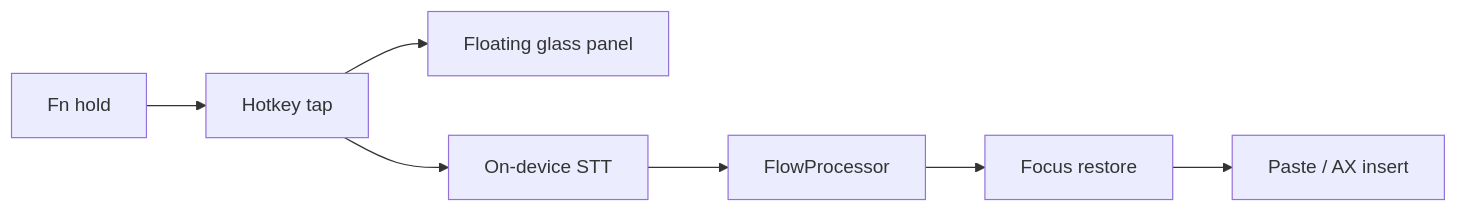
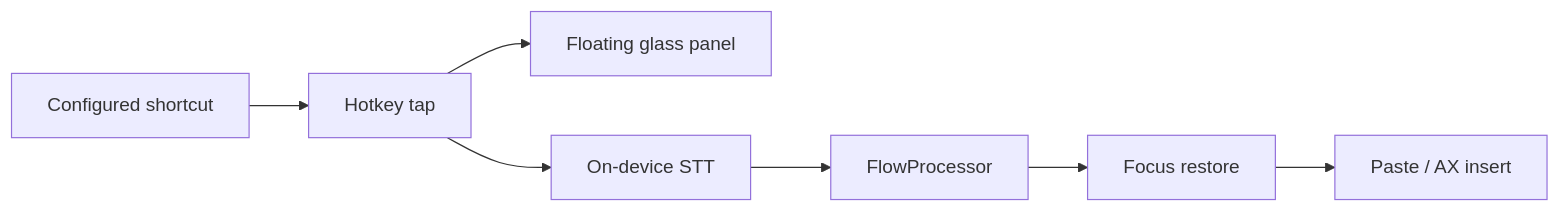
One commit to joe-broadhead/zephyr-flow changed the diagram in docs/index.md. Above: the diagram before and after it, drawn with Mermaid. The commit also changed other lines of this file and 17 other files, not shown here.

````diff
--- a/docs/index.md
+++ b/docs/index.md
@@ -31,9 +36,9 @@
 ```mermaid
 flowchart LR
-  A[Fn hold] --> B[Hotkey tap]
+  A[Configured shortcut] --> B[Hotkey tap]
   B --> C[Floating glass panel]
   B --> D[On-device STT]
   D --> E[FlowProcessor]
   E --> F[Focus restore]
   F --> G[Paste / AX insert]
 ```
````
